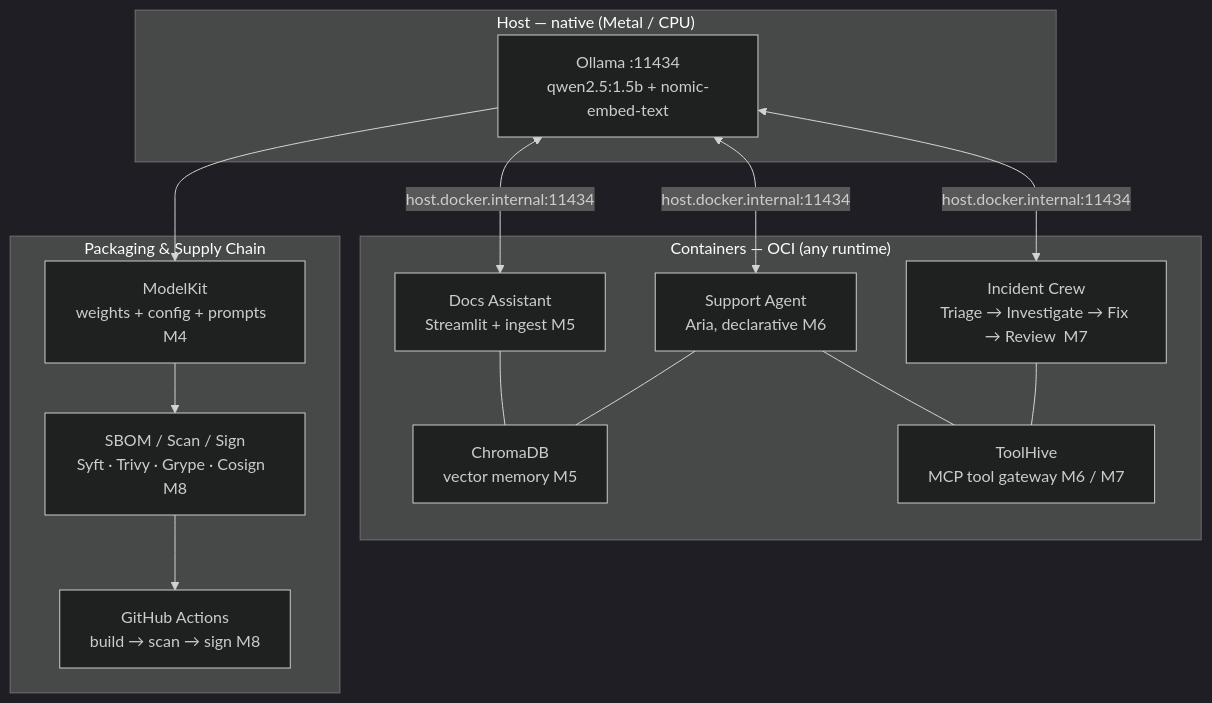
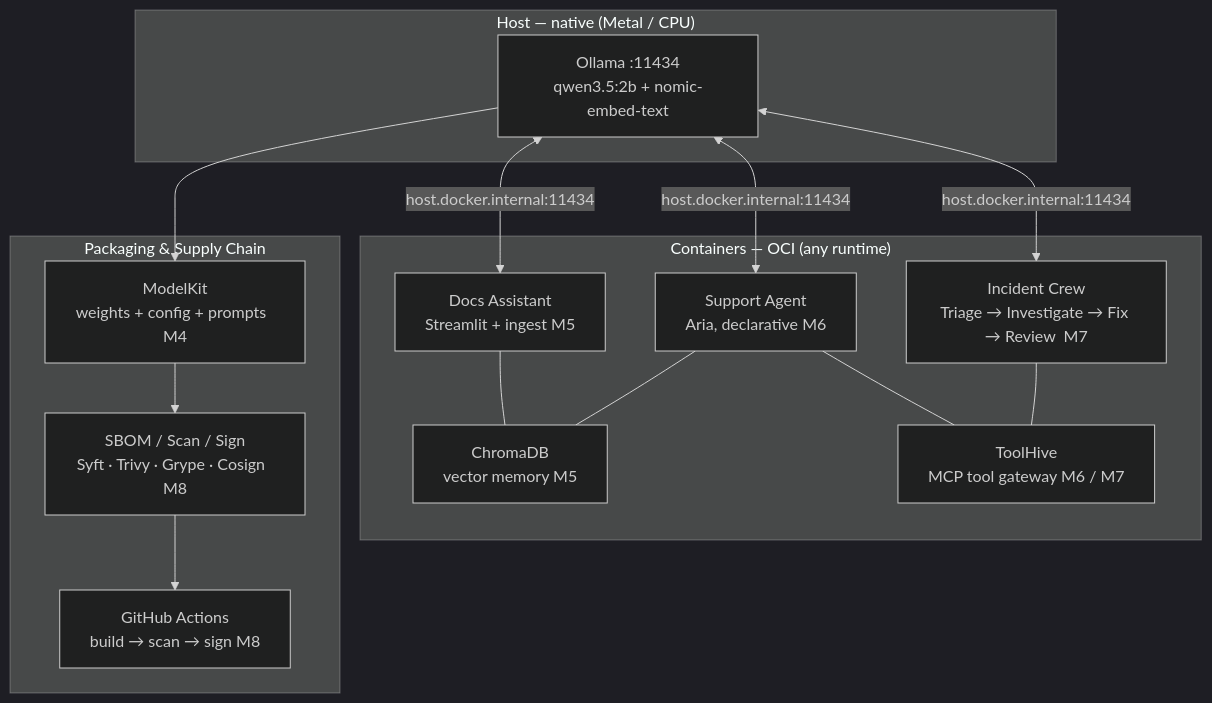
The diagram in site/docs/capstone/index.md (schoolofdevops/303-containerai), drawn with Mermaid (dark theme) before and after one commit. The commit also changed other lines of this file and 54 other files, not shown here.

````diff
--- a/site/docs/capstone/index.md
+++ b/site/docs/capstone/index.md
@@ -26,30 +26,30 @@
 ```mermaid
 graph TD
     subgraph HOST["Host — native (Metal / CPU)"]
-        OL["Ollama :11434\nqwen2.5:1.5b + nomic-embed-text"]
+        OL["Ollama :11434\nqwen3.5:2b + nomic-embed-text"]
     end
 
     subgraph CONTAINERS["Containers — OCI (any runtime)"]
         DA["Docs Assistant\nStreamlit + ingest  M5"]
         SA["Support Agent\nAria, declarative  M6"]
         IC["Incident Crew\nTriage → Investigate → Fix → Review  M7"]
         CH["ChromaDB\nvector memory  M5"]
         TH["ToolHive\nMCP tool gateway  M6 / M7"]
     end
 
     subgraph SUPPLY["Packaging & Supply Chain"]
         MK["ModelKit\nweights + config + prompts  M4"]
         SC["SBOM / Scan / Sign\nSyft · Trivy · Grype · Cosign  M8"]
         CI["GitHub Actions\nbuild → scan → sign  M8"]
     end
 
     OL <-->|"host.docker.internal:11434"| DA
     OL <-->|"host.docker.internal:11434"| SA
     OL <-->|"host.docker.internal:11434"| IC
     DA --- CH
     SA --- CH
     SA --- TH
     IC --- TH
     OL --> MK
     MK --> SC --> CI
 ```
````
